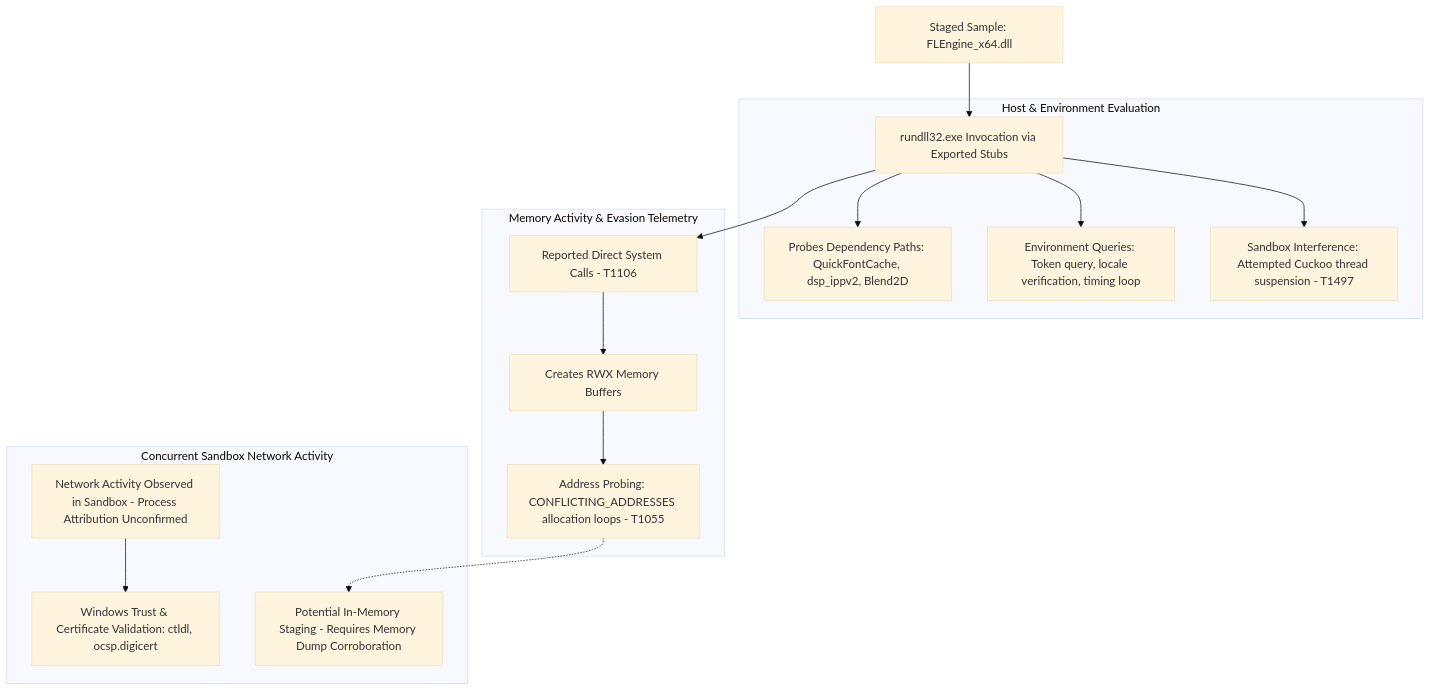
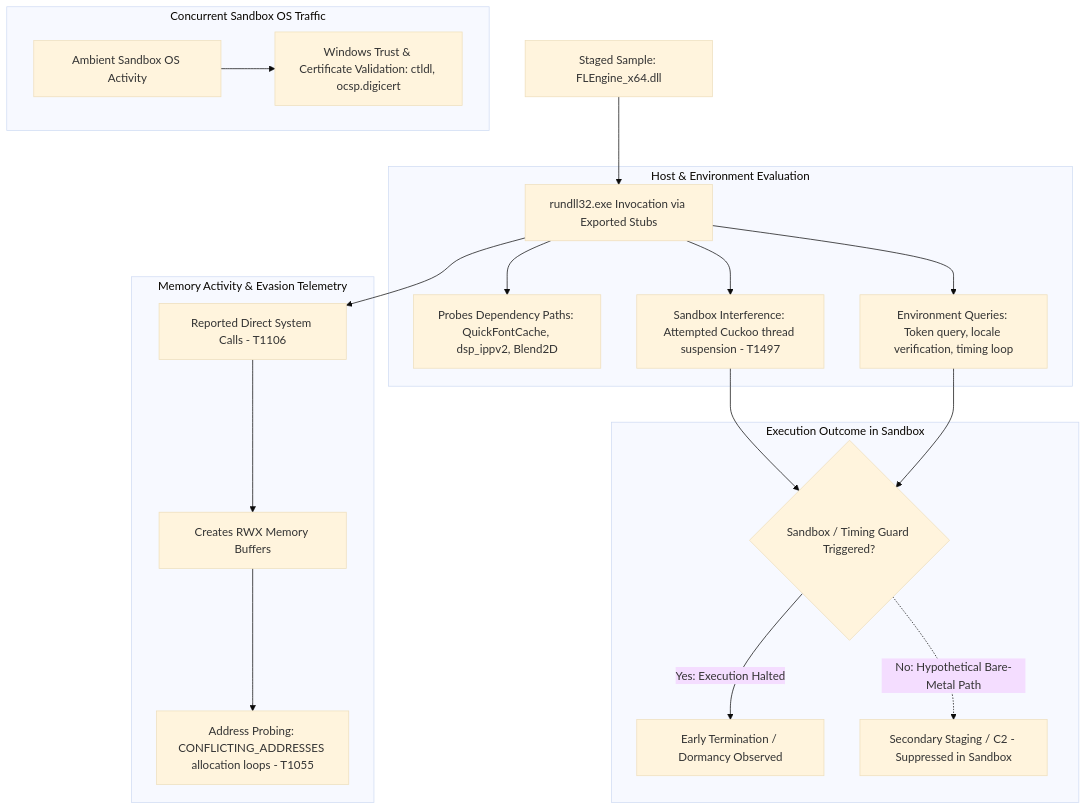
One commit to Hasslius/flengine-loader-threat-analysis changed the diagram in README.md. Above: the diagram before and after it, drawn with Mermaid (base theme). The commit also changed other lines of this file, not shown here.

````diff
--- a/README.md
+++ b/README.md
@@ -54,21 +54,26 @@
 ```mermaid
 graph TD
     A[Staged Sample: FLEngine_x64.dll] --> B[rundll32.exe Invocation via Exported Stubs]
     
     subgraph Host & Environment Evaluation
         B --> C[Probes Dependency Paths: QuickFontCache, dsp_ippv2, Blend2D]
         B --> D[Environment Queries: Token query, locale verification, timing loop]
         B --> E[Sandbox Interference: Attempted Cuckoo thread suspension - T1497]
     end
 
     subgraph Memory Activity & Evasion Telemetry
         B --> F[Reported Direct System Calls - T1106]
         F --> G[Creates RWX Memory Buffers]
         G --> H[Address Probing: CONFLICTING_ADDRESSES allocation loops - T1055]
     end
 
-    subgraph Concurrent Sandbox Network Activity
-        I[Network Activity Observed in Sandbox - Process Attribution Unconfirmed] --> J[Windows Trust & Certificate Validation: ctldl, ocsp.digicert]
-        H -.-> K[Potential In-Memory Staging - Requires Memory Dump Corroboration]
+    subgraph Execution Outcome in Sandbox
+        E & D --> L{Sandbox / Timing Guard Triggered?}
+        L -->|Yes: Execution Halted| M[Early Termination / Dormancy Observed]
+        L -.->|No: Hypothetical Bare-Metal Path| K[Secondary Staging / C2 - Suppressed in Sandbox]
+    end
+
+    subgraph Concurrent Sandbox OS Traffic
+        N[Ambient Sandbox OS Activity] --> J[Windows Trust & Certificate Validation: ctldl, ocsp.digicert]
     end
 ```
````
